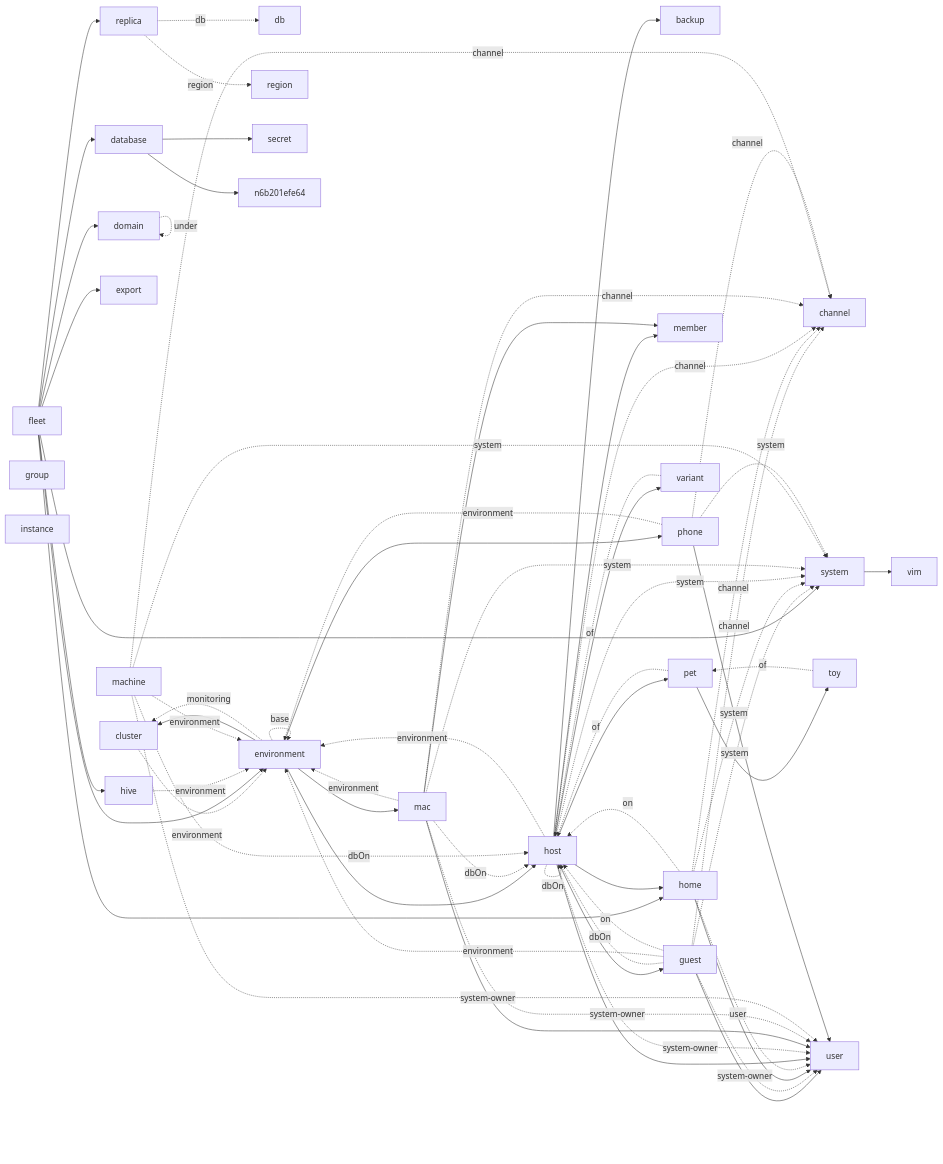
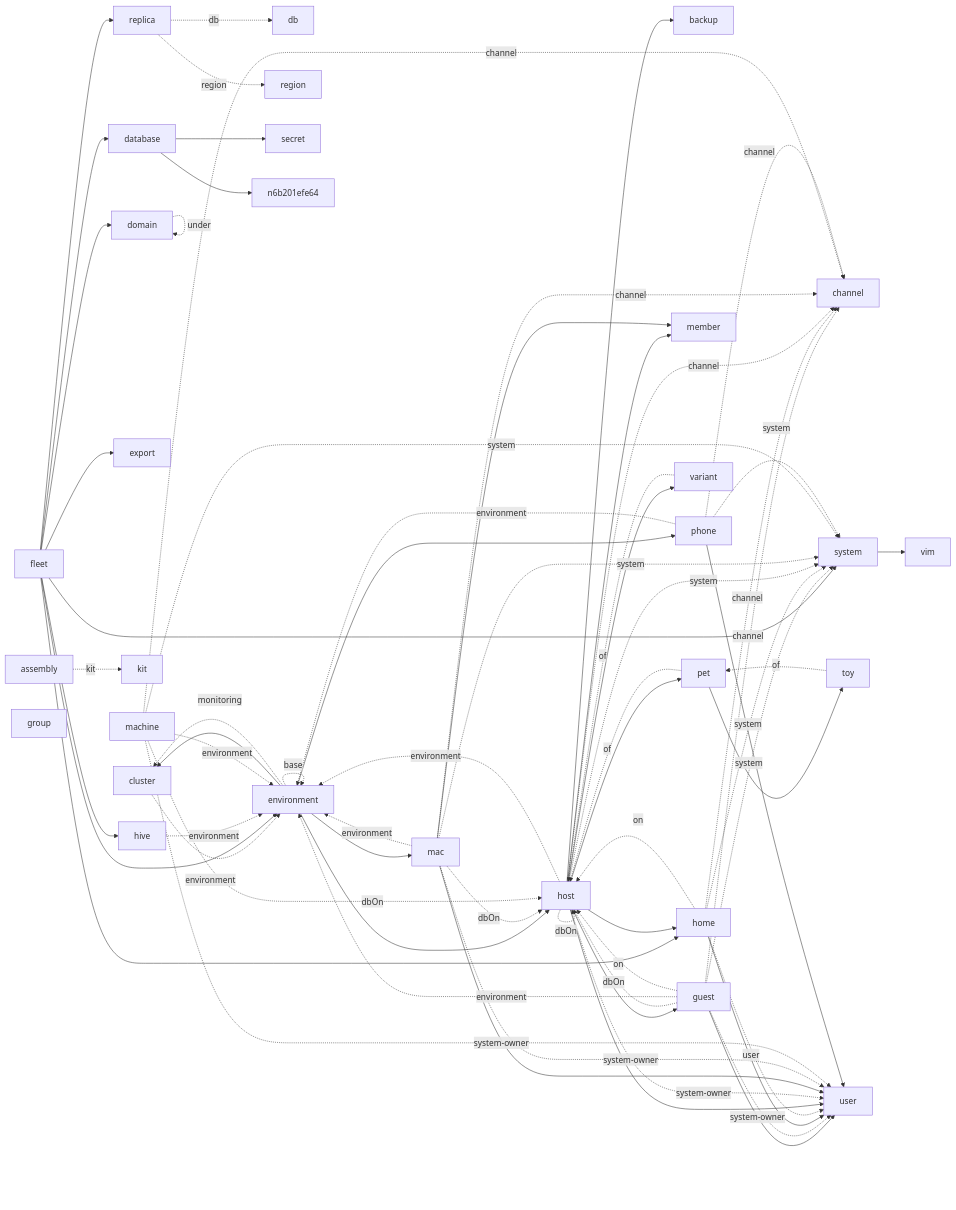
Before and after one commit to vic/sven: the second of 12 diagrams in templates/fleet/README.md, drawn with Mermaid. The commit also changed other lines of this file and 56 other files, not shown here.

````diff
--- a/templates/fleet/README.md
+++ b/templates/fleet/README.md
@@ -759,5 +760,6 @@
 ```mermaid
 flowchart LR
+  ne22ac4f8aa["assembly"]
   n7cbc0bc9ca["backup"]
   n827e34afc1["channel"]
   nc92432ddea["cluster"]
@@ -772,7 +774,7 @@
   nbdd2e394af["hive"]
   nd265c5f895["home"]
   n91a43a88c2["host"]
-  n7db9bbfe88["instance"]
+  n969fdcbc29["kit"]
   n25061baf77["mac"]
   n5e4f590e9f["machine"]
   nf384c24853["member"]
@@ -786,6 +788,7 @@
   naf777705f2["user"]
   nb5e23250d3["variant"]
   ne5b792c758["vim"]
+  ne22ac4f8aa -.->|"kit"| n969fdcbc29
   nc92432ddea -.->|"environment"| nba34edff52
   n52f2128ad0 --> n6b201efe64
   n52f2128ad0 --> n8c182f1484
````
